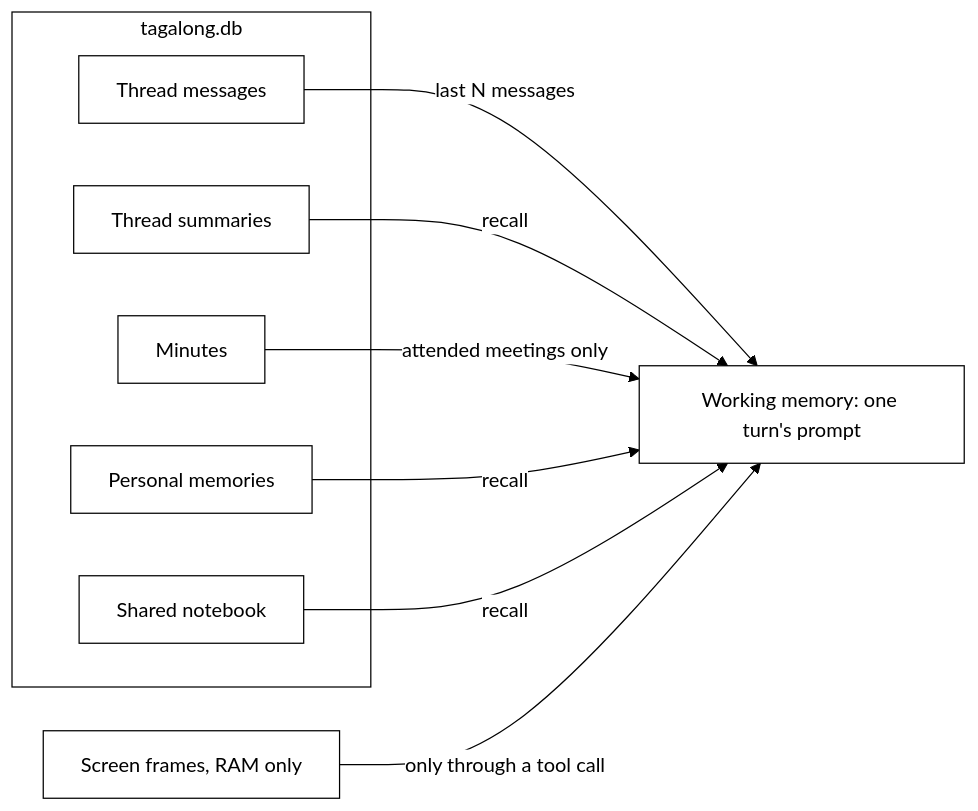
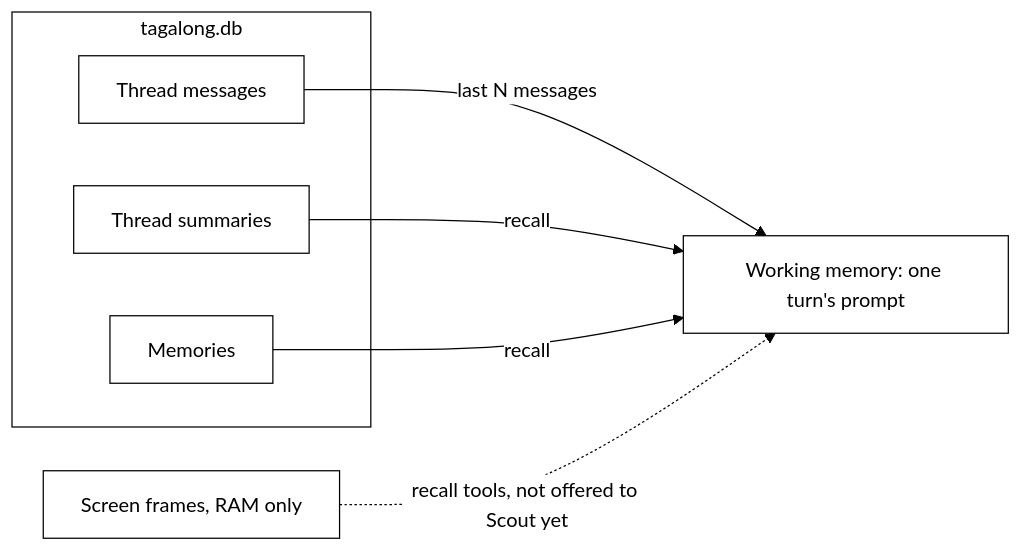
Before and after one commit to nadeem4/tagalong: the diagram in docs/concepts/memory.md, drawn with Mermaid. The commit also changed other lines of this file and 30 other files, not shown here.

````diff
--- a/docs/concepts/memory.md
+++ b/docs/concepts/memory.md
@@ -26,19 +22,15 @@
 ```mermaid
 %%{init: {"theme": "base", "themeVariables": {"primaryColor": "#ffffff", "primaryTextColor": "#000000", "primaryBorderColor": "#000000", "lineColor": "#000000", "secondaryColor": "#ffffff", "tertiaryColor": "#ffffff", "background": "#ffffff", "clusterBkg": "#ffffff", "clusterBorder": "#000000"}}}%%
 flowchart LR
   subgraph Stored["tagalong.db"]
     T["Thread messages"]
     S["Thread summaries"]
-    M["Minutes"]
-    P["Personal memories"]
-    N["Shared notebook"]
+    P["Memories"]
   end
   R["Screen frames, RAM only"]
   W["Working memory: one turn's prompt"]
   T -- "last N messages" --> W
   S -- "recall" --> W
-  M -- "attended meetings only" --> W
   P -- "recall" --> W
-  N -- "recall" --> W
-  R -- "only through a tool call" --> W
+  R -. "recall tools, not offered to Scout yet" .-> W
 ```
````
